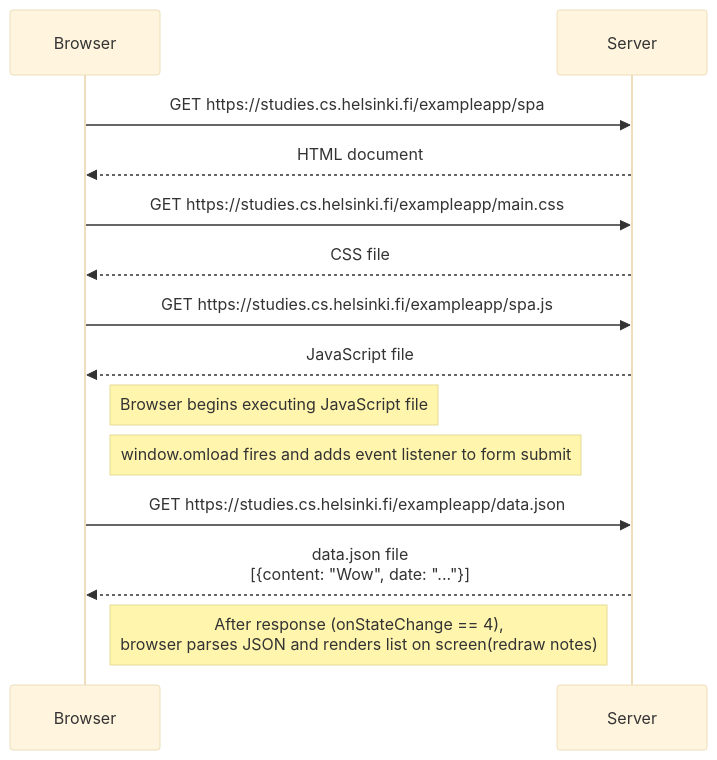
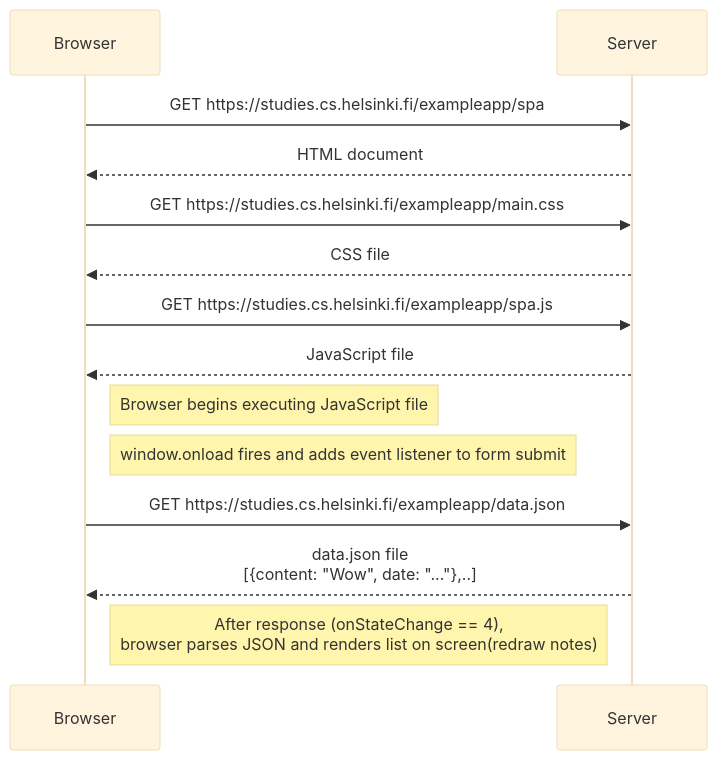
The first of 2 diagrams in part0/5-exercise/Exercise-5.md (ganeshreddychimmula/full-stack-open), drawn with Mermaid (base theme) before and after one commit. The commit also changed 2 other files, not shown here.

````diff
--- a/part0/5-exercise/Exercise-5.md
+++ b/part0/5-exercise/Exercise-5.md
@@ -25,22 +25,22 @@
 ```mermaid
 sequenceDiagram
     participant Browser
     participant Server
 
     Browser->>Server: GET https://studies.cs.helsinki.fi/exampleapp/spa
     Server-->>Browser: HTML document
 
     Browser->>Server: GET https://studies.cs.helsinki.fi/exampleapp/main.css
     Server-->>Browser: CSS file
 
     Browser->>Server: GET https://studies.cs.helsinki.fi/exampleapp/spa.js
     Server-->>Browser: JavaScript file
 
     Note right of Browser: Browser begins executing JavaScript file
-    Note right of Browser: window.omload fires and adds event listener to form submit
+    Note right of Browser: window.onload fires and adds event listener to form submit
 
     Browser->>Server: GET https://studies.cs.helsinki.fi/exampleapp/data.json
-    Server-->>Browser: data.json file<br/>[{content: "Wow", date: "..."}]
+    Server-->>Browser: data.json file<br/>[{content: "Wow", date: "..."},..]
 
     Note right of Browser: After response (onStateChange == 4),<br/>browser parses JSON and renders list on screen(redraw notes)
 ```
````
